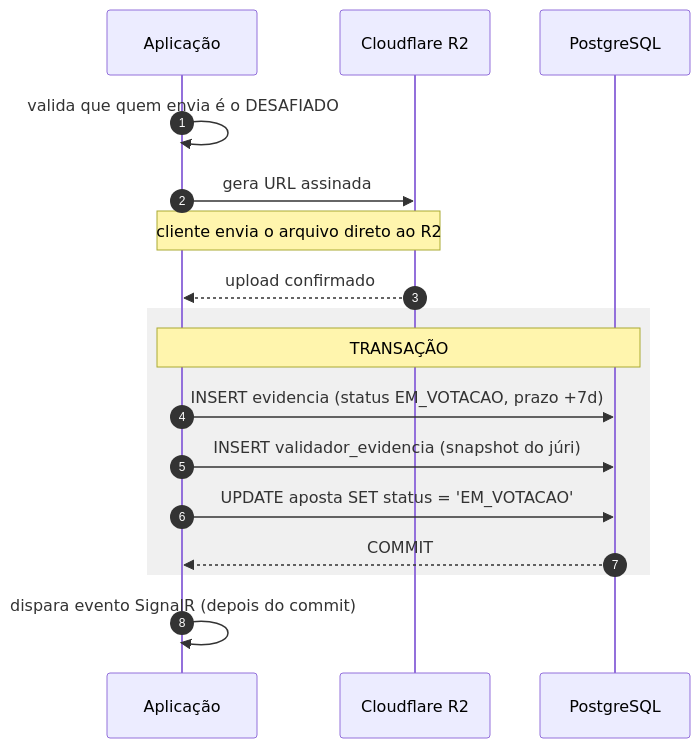
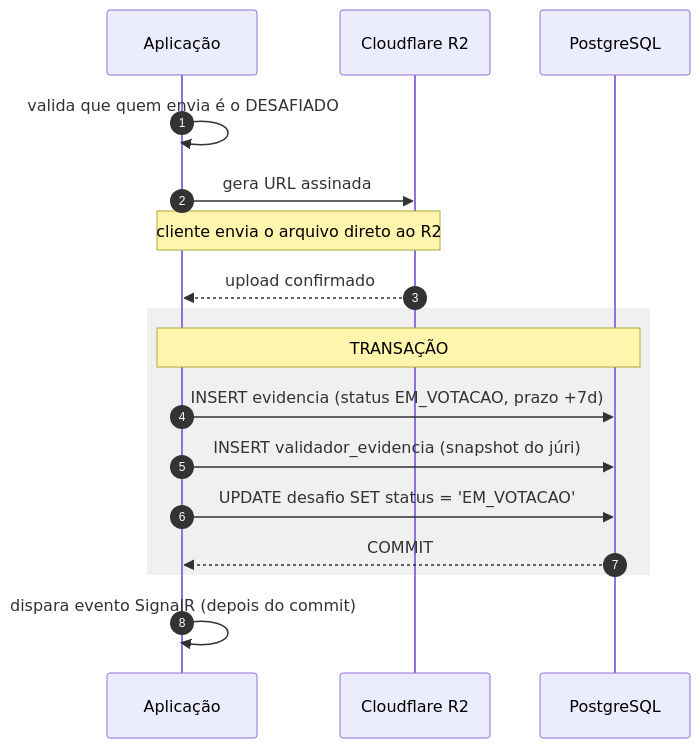
The first of 2 diagrams in docs/02-arquitetura/15-integracao-sistema-bd.md (SecreTavin/A3-banco-de-dados), drawn with Mermaid before and after one commit. The commit also changed other lines of this file and 54 other files, not shown here.

First line of the commit message:
docs: desafio no lugar de aposta, DER com chaves, plano por integrante e textos de introducao

````diff
--- a/docs/02-arquitetura/15-integracao-sistema-bd.md
+++ b/docs/02-arquitetura/15-integracao-sistema-bd.md
@@ -34,22 +34,22 @@
 ```mermaid
 sequenceDiagram
     autonumber
     participant APP as Aplicação
     participant R2 as Cloudflare R2
     participant PG as PostgreSQL
 
     APP->>APP: valida que quem envia é o DESAFIADO
     APP->>R2: gera URL assinada
     Note over APP,R2: cliente envia o arquivo direto ao R2
     R2-->>APP: upload confirmado
 
     rect rgb(240, 240, 240)
         Note over APP,PG: TRANSAÇÃO
         APP->>PG: INSERT evidencia (status EM_VOTACAO, prazo +7d)
         APP->>PG: INSERT validador_evidencia (snapshot do júri)
-        APP->>PG: UPDATE aposta SET status = 'EM_VOTACAO'
+        APP->>PG: UPDATE desafio SET status = 'EM_VOTACAO'
         PG-->>APP: COMMIT
     end
 
     APP->>APP: dispara evento SignalR (depois do commit)
 ```
````
